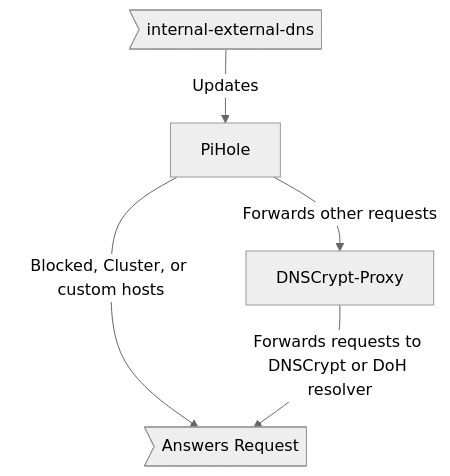
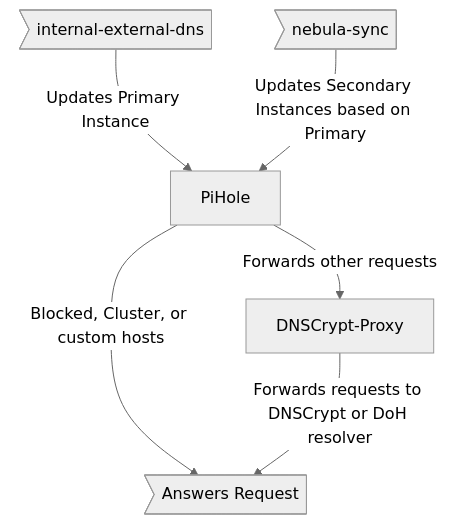
Before and after one commit to tholinka/home-ops: the third of 3 diagrams in README.md, drawn with Mermaid (neutral theme). The commit also changed other lines of this file and 5 other files, not shown here.

````diff
--- a/README.md
+++ b/README.md
@@ -145,8 +149,9 @@
 ```mermaid
 graph TD
-  A>internal-external-dns] -->|Updates|D
+  A>internal-external-dns] -->|Updates Primary Instance|D
+  N>nebula-sync] --> |Updates Secondary Instances based on Primary|D
   C>Answers Request]
   D[PiHole] -->|Blocked, Cluster, or custom hosts|C
   D -->|Forwards other requests|E[DNSCrypt-Proxy]
   E[DNSCrypt-Proxy] -->|Forwards requests to DNSCrypt or DoH resolver|C
 ```
````
